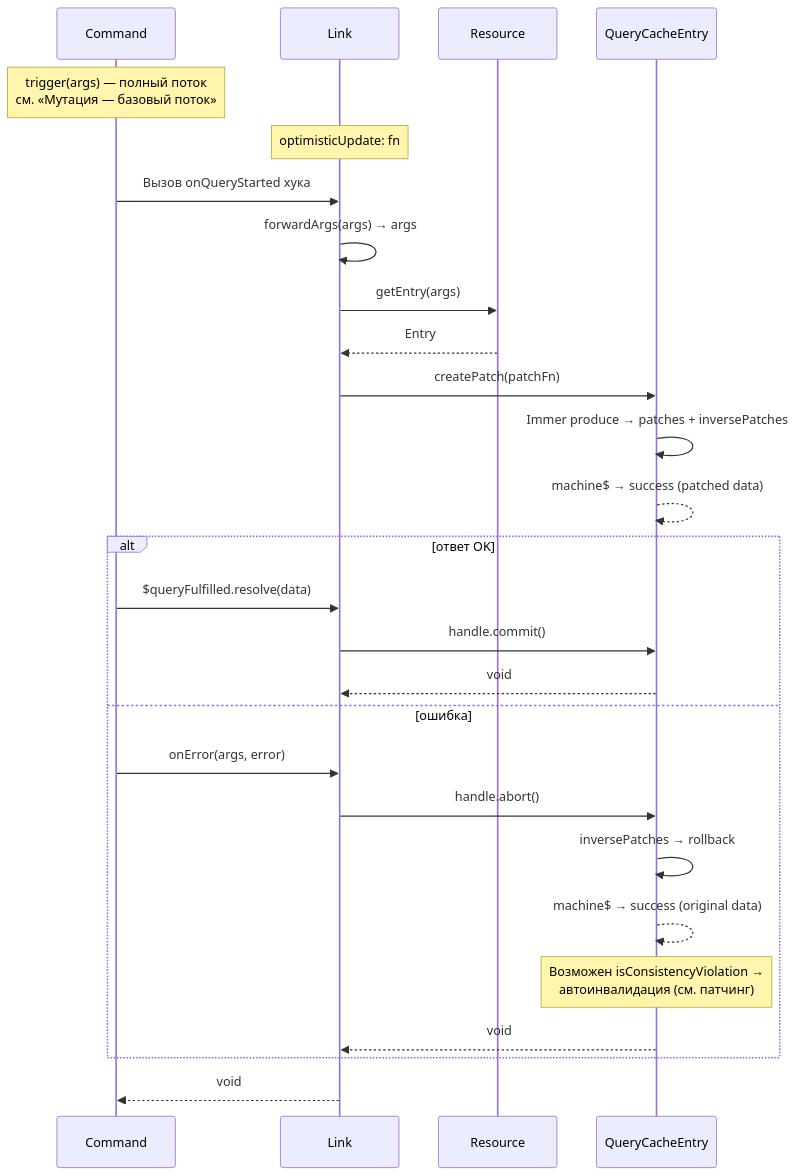
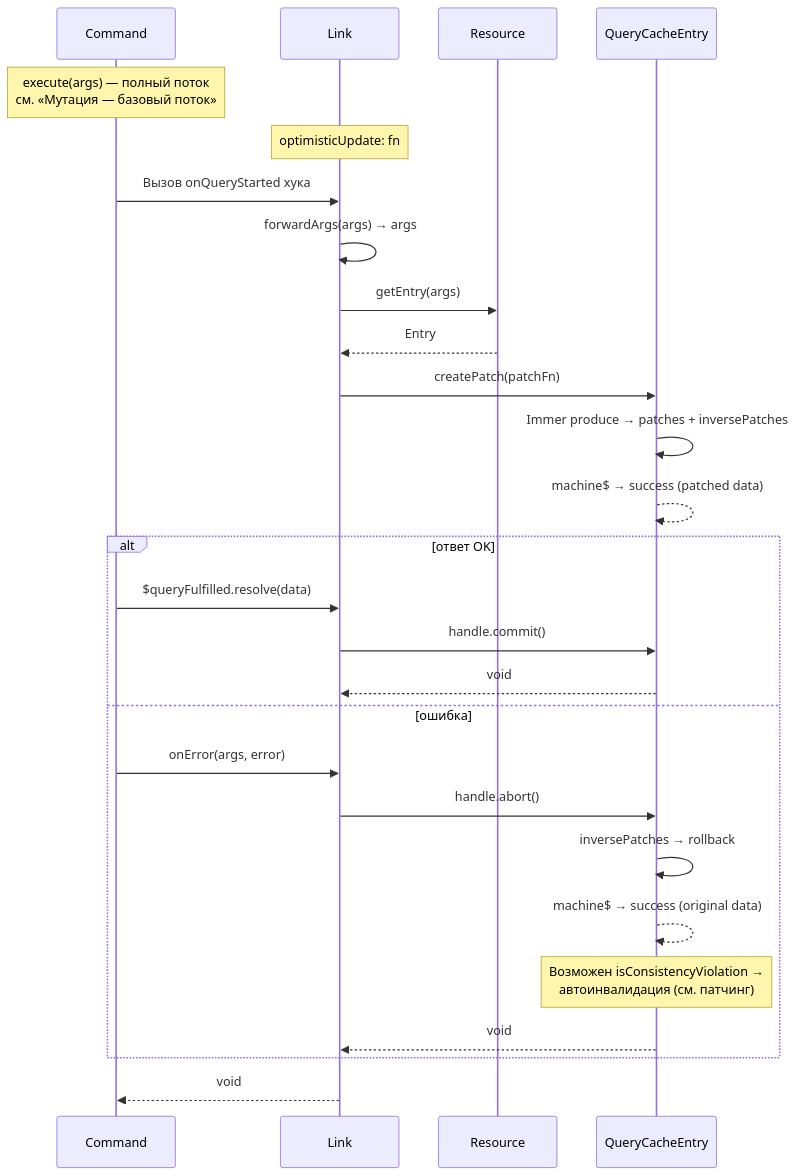
Before and after one commit to fozy-labs/rx-toolkit: the ninth of 10 diagrams in docs/query/concepts/dataflows.md, drawn with Mermaid. The commit also changed other lines of this file and 35 other files, not shown here.

````diff
--- a/docs/query/concepts/dataflows.md
+++ b/docs/query/concepts/dataflows.md
@@ -354,35 +353,35 @@
 ```mermaid
 sequenceDiagram
     participant Cmd as Command
     participant Lnk as Link
     participant Res as Resource
     participant Entry as QueryCacheEntry
 
-    Note over Cmd: trigger(args) — полный поток<br/>см. «Мутация — базовый поток»
+    Note over Cmd: execute(args) — полный поток<br/>см. «Мутация — базовый поток»
 
     Note over Lnk: optimisticUpdate: fn
 
     Cmd->>Lnk: Вызов onQueryStarted хука
     Lnk->>Lnk: forwardArgs(args) → args
     Lnk->>Res: getEntry(args)
     Res-->>Lnk: Entry
     Lnk->>Entry: createPatch(patchFn)
     Entry->>Entry: Immer produce → patches + inversePatches
     Entry-->>Entry: machine$ → success (patched data)
 
     alt ответ OK
         Cmd->>Lnk: $queryFulfilled.resolve(data)
         Lnk->>Entry: handle.commit()
         Entry-->>Lnk: void
 
     else ошибка
         Cmd->>Lnk: onError(args, error)
         Lnk->>Entry: handle.abort()
         Entry->>Entry: inversePatches → rollback
         Entry-->>Entry: machine$ → success (original data)
         Note over Entry: Возможен isConsistencyViolation →<br/>автоинвалидация (см. патчинг)
         Entry-->>Lnk: void
     end
     
     Lnk-->>Cmd: void
 ```
````
